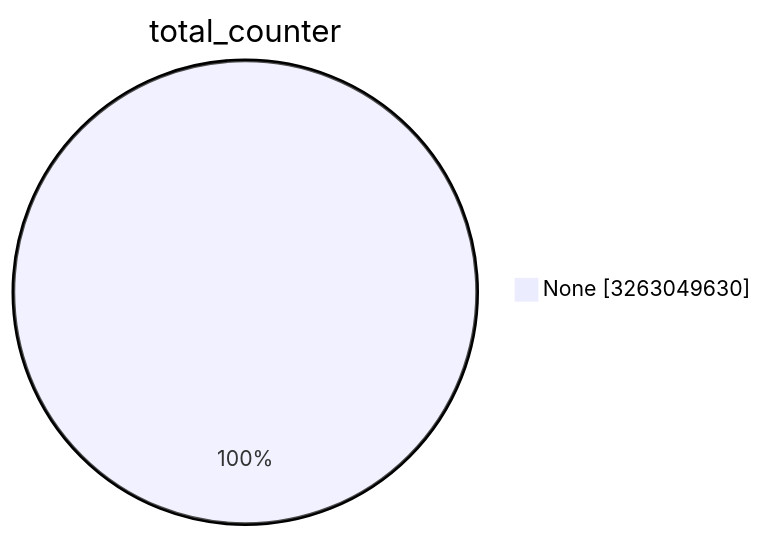
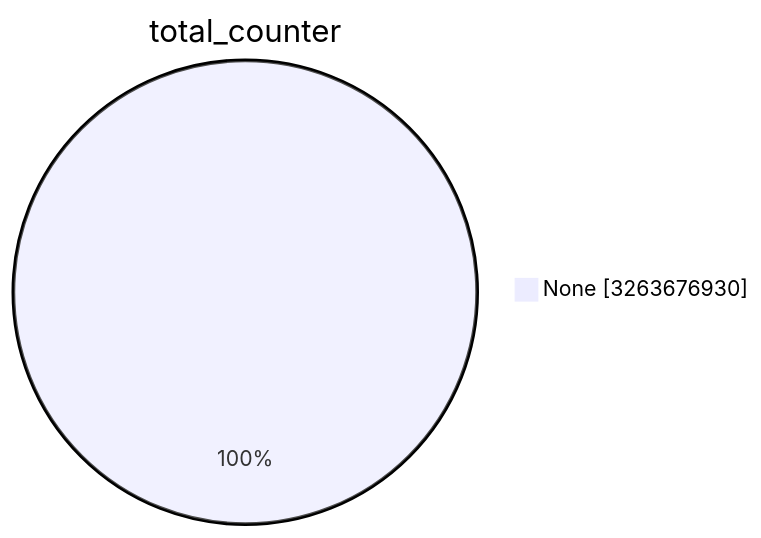
The first of 15 diagrams in TOTAL/README.md (christiankrug/ctmonitor_visualization), drawn with Mermaid before and after one commit. The commit also changed other lines of this file, not shown here.

````diff
--- a/TOTAL/README.md
+++ b/TOTAL/README.md
@@ -1,5 +1,5 @@
 ```mermaid
 pie showData
 title total_counter
-"None" :3263049630
+"None" :3263676930
 ```
````
